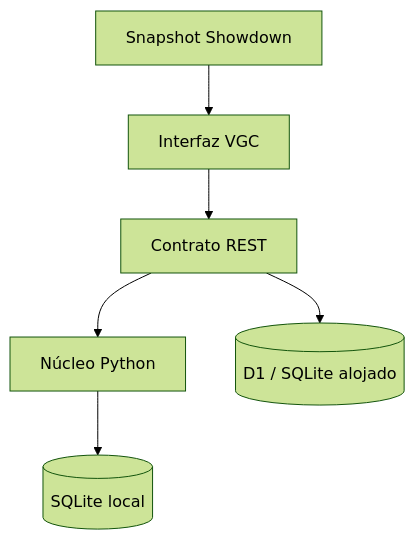
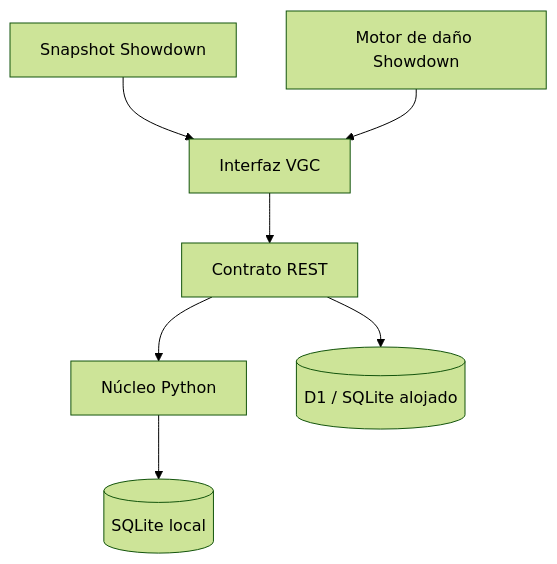
The diagram in docs/architecture.md (Iesyo/pkmn), drawn with Mermaid (forest theme) before and after one commit. The commit also changed other lines of this file and 91 other files, not shown here.

````diff
--- a/docs/architecture.md
+++ b/docs/architecture.md
@@ -11,8 +11,9 @@
 ```mermaid
 flowchart TD
     UI[Interfaz VGC] --> API[Contrato REST]
     DEX[Snapshot Showdown] --> UI
+    CALC[Motor de daño Showdown] --> UI
     API --> PY[Núcleo Python]
     PY --> SQL[(SQLite local)]
     API --> D1[(D1 / SQLite alojado)]
 ```
````
